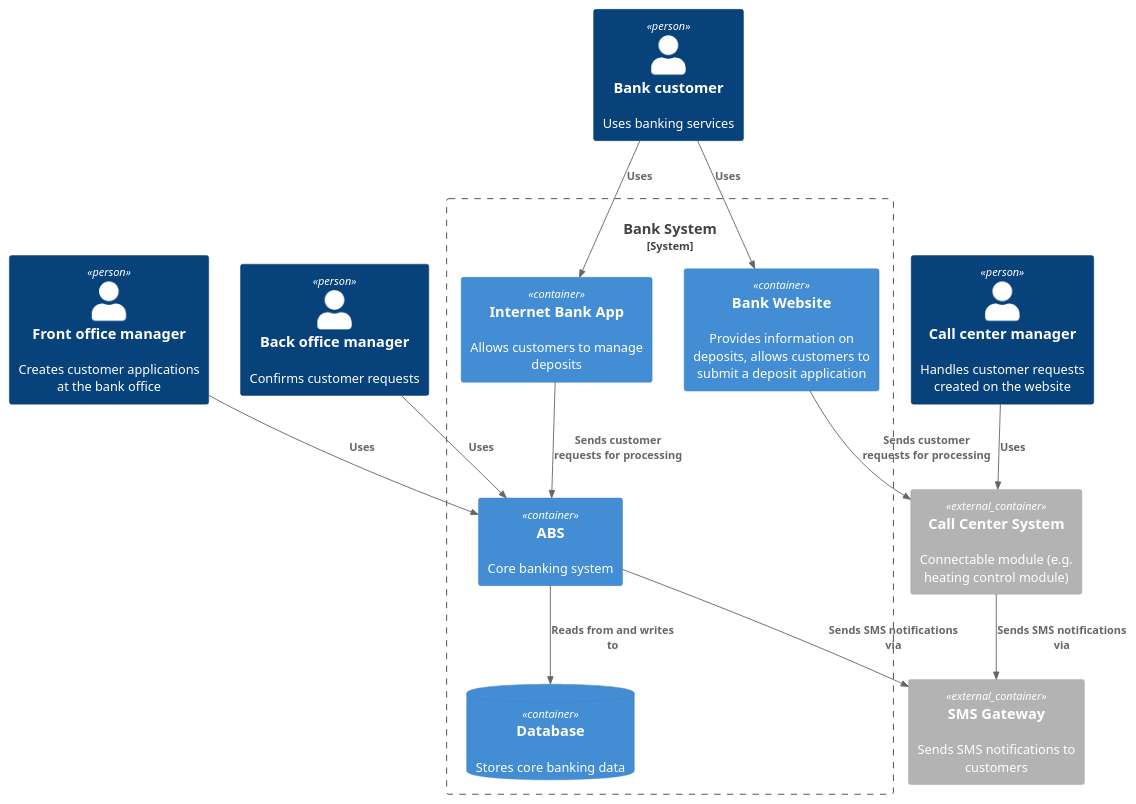
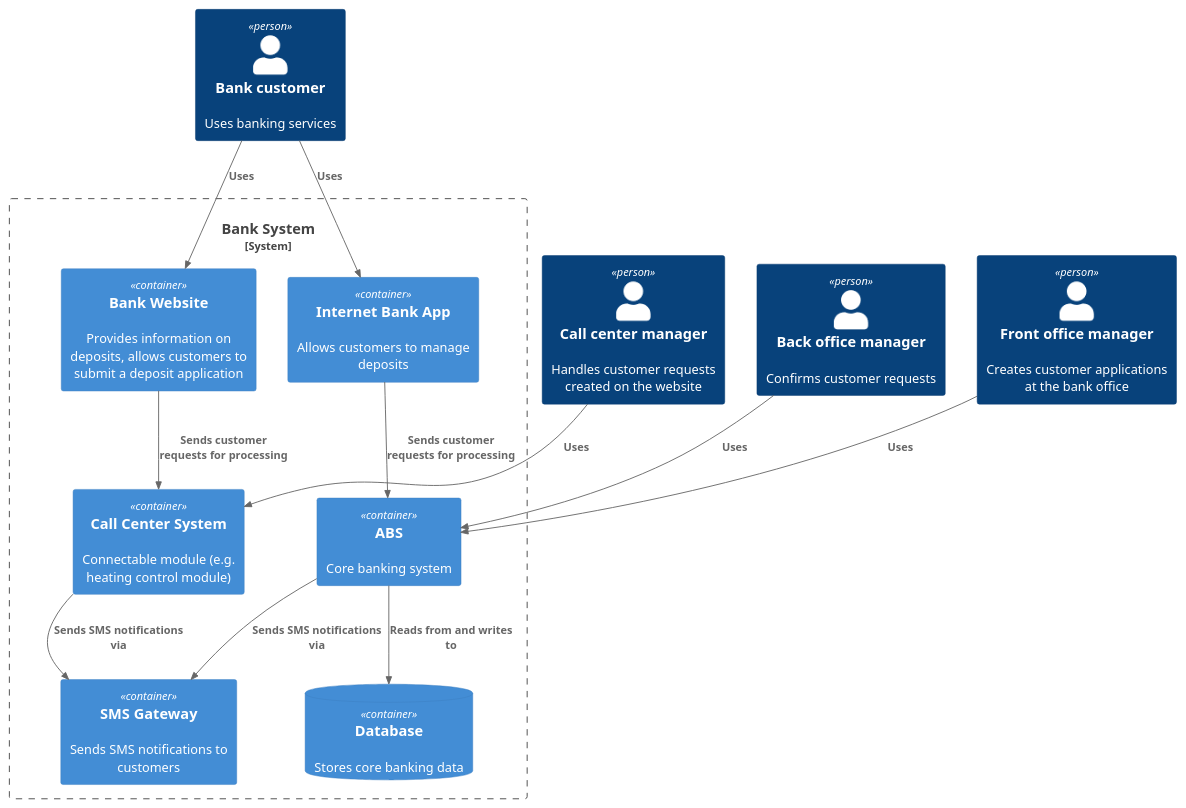
One commit to Madm1key/architecture-standart changed the diagram in Task3/C4_Container.puml. Above: the diagram before and after it, drawn with PlantUML. The commit also changed 4 other files, not shown here.

Commit message:
feat: update C4 model to include call center systems and SMS gateway

```diff
--- a/Task3/C4_Container.puml
+++ b/Task3/C4_Container.puml
@@ -1,31 +1,30 @@
 @startuml
 !include https://raw.githubusercontent.com/plantuml-stdlib/C4-PlantUML/master/C4_Container.puml
 
 Person(customer, "Bank customer", "Uses banking services")
 Person(ccm, "Call center manager", "Handles customer requests created on the website")
 Person(bom, "Back office manager", "Confirms customer requests")
 Person(fom, "Front office manager", "Creates customer applications at the bank office")
 
 System_Boundary(s, "Bank System") {
   Container(website, "Bank Website", $descr="Provides information on deposits, allows customers to submit a deposit application")
   Container(internetBank, "Internet Bank App", $descr="Allows customers to manage deposits")
   Container(abs, "ABS", $descr="Core banking system")
+  Container(smsGateway, "SMS Gateway", $descr="Sends SMS notifications to customers")
+  Container(ccSystem, "Call Center System", $descr="Connectable module (e.g. heating control module)")
 
   ContainerDb(absDb, "Database", $descr="Stores core banking data")
 }
-
-Container_Ext(smsGateway, "SMS Gateway", $descr="Sends SMS notifications to customers")
-Container_Ext(ccSystem, "Call Center System", $descr="Connectable module (e.g. heating control module)")
 
 Rel(customer, website, "Uses")
 Rel(customer, internetBank, "Uses")
 Rel(bom, abs, "Uses")
 Rel(fom, abs, "Uses")
 Rel(abs, absDb, "Reads from and writes to")
 Rel(abs, smsGateway, "Sends SMS notifications via")
 Rel(ccSystem, smsGateway, "Sends SMS notifications via")
 Rel(ccm, ccSystem, "Uses")
 Rel(website, ccSystem, "Sends customer requests for processing")
 Rel(internetBank, abs, "Sends customer requests for processing")
 
 @enduml
```
